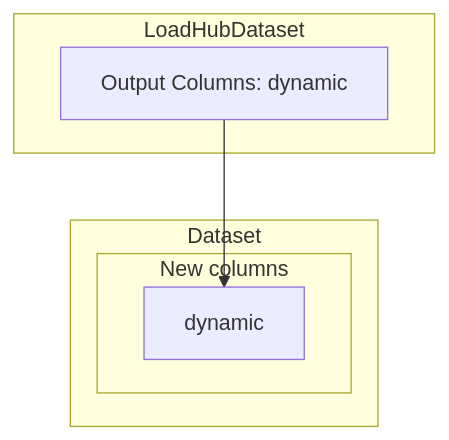
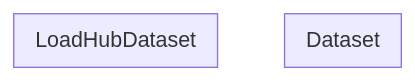
Before and after one commit to argilla-io/distilabel: the diagram in dev/components-gallery/steps/loadhubdataset.md, drawn with Mermaid. The commit also changed other lines of this file and 234 other files, not shown here.

````diff
--- a/dev/components-gallery/steps/loadhubdataset.md
+++ b/dev/components-gallery/steps/loadhubdataset.md
@@ -44,15 +15,10 @@
 ``` mermaid
 graph TD
 	subgraph Dataset
-		subgraph New columns
-			OCOL0[dynamic]
-		end
 	end
 
 	subgraph LoadHubDataset
-		StepOutput[Output Columns: dynamic]
 	end
 
-	StepOutput --> OCOL0
 
 ```
````
